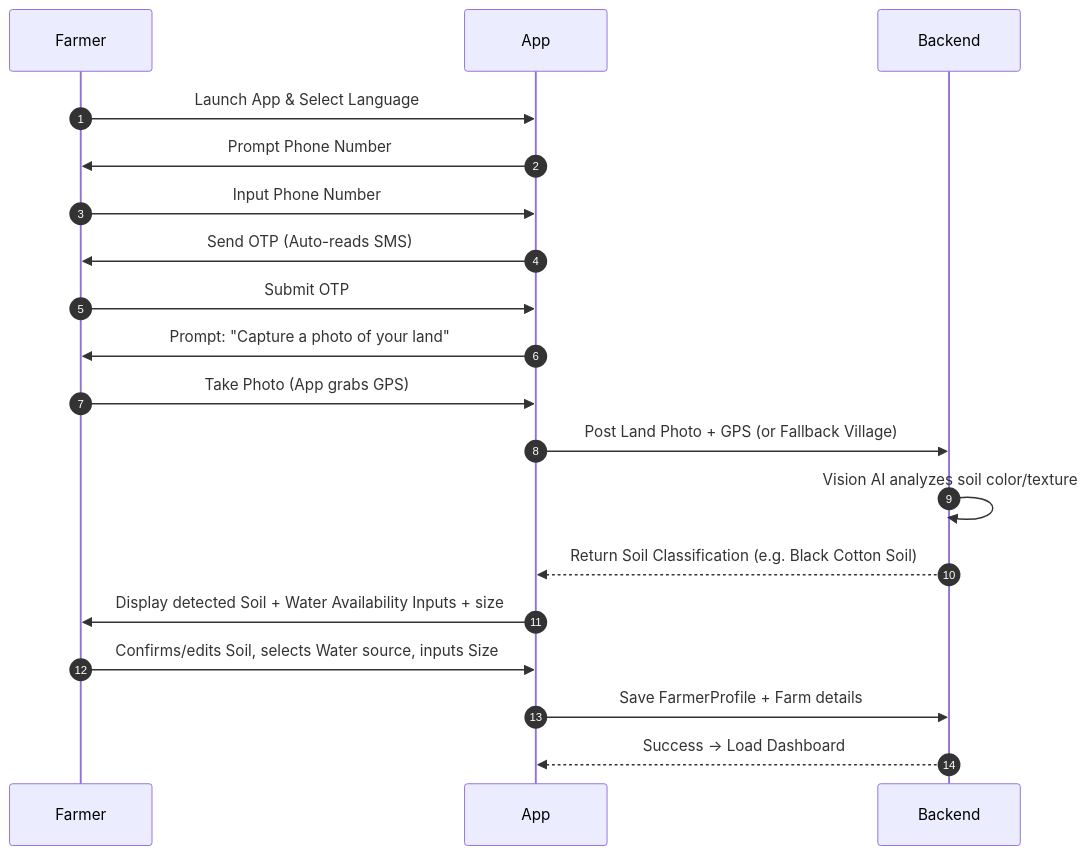
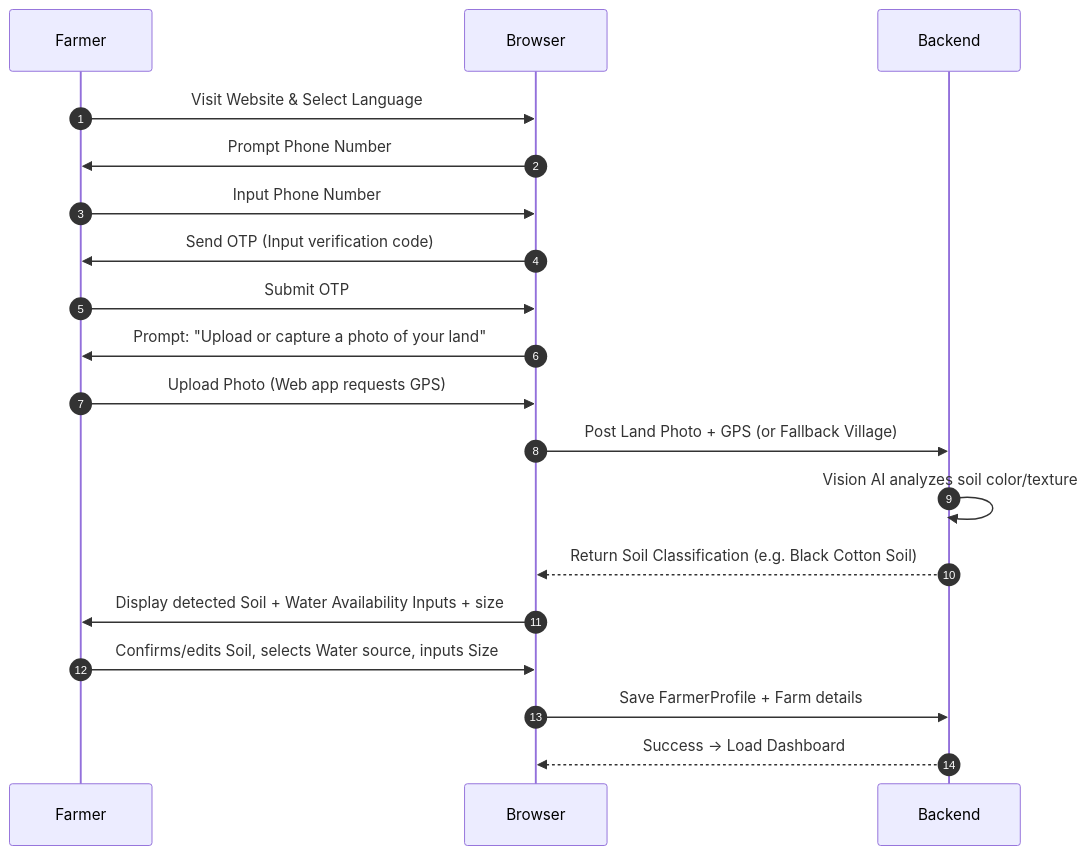
The first of 4 diagrams in docs/product/user-flows.md (priyanshu7739410/Kisaan-Sathi), drawn with Mermaid before and after one commit. The commit also changed other lines of this file and 1992 other files, not shown here.

````diff
--- a/docs/product/user-flows.md
+++ b/docs/product/user-flows.md
@@ -7,18 +7,18 @@
 ```mermaid
 sequenceDiagram
     autonumber
-    Farmer->>App: Launch App & Select Language
-    App->>Farmer: Prompt Phone Number
-    Farmer->>App: Input Phone Number
-    App->>Farmer: Send OTP (Auto-reads SMS)
-    Farmer->>App: Submit OTP
-    App->>Farmer: Prompt: "Capture a photo of your land"
-    Farmer->>App: Take Photo (App grabs GPS)
-    App->>Backend: Post Land Photo + GPS (or Fallback Village)
+    Farmer->>Browser: Visit Website & Select Language
+    Browser->>Farmer: Prompt Phone Number
+    Farmer->>Browser: Input Phone Number
+    Browser->>Farmer: Send OTP (Input verification code)
+    Farmer->>Browser: Submit OTP
+    Browser->>Farmer: Prompt: "Upload or capture a photo of your land"
+    Farmer->>Browser: Upload Photo (Web app requests GPS)
+    Browser->>Backend: Post Land Photo + GPS (or Fallback Village)
     Backend->>Backend: Vision AI analyzes soil color/texture
-    Backend-->>App: Return Soil Classification (e.g. Black Cotton Soil)
-    App->>Farmer: Display detected Soil + Water Availability Inputs + size
-    Farmer->>App: Confirms/edits Soil, selects Water source, inputs Size
-    App->>Backend: Save FarmerProfile + Farm details
-    Backend-->>App: Success -> Load Dashboard
+    Backend-->>Browser: Return Soil Classification (e.g. Black Cotton Soil)
+    Browser->>Farmer: Display detected Soil + Water Availability Inputs + size
+    Farmer->>Browser: Confirms/edits Soil, selects Water source, inputs Size
+    Browser->>Backend: Save FarmerProfile + Farm details
+    Backend-->>Browser: Success -> Load Dashboard
 ```
````
